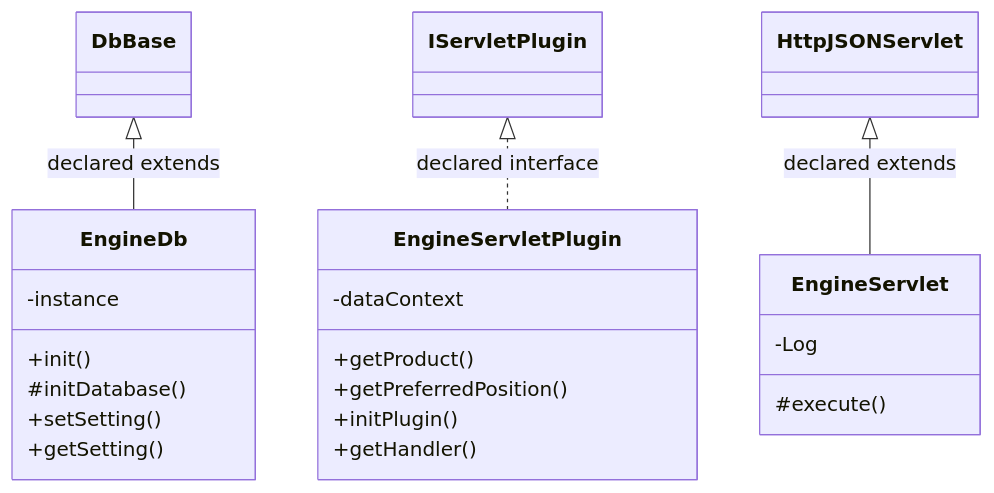
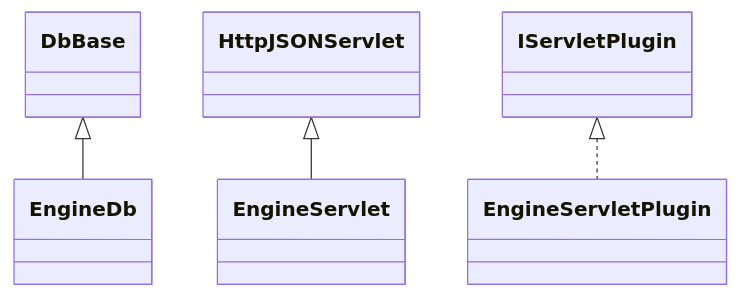
The diagram in docs/sqx/GridControl/EnginePanel.md (haruperi/HaruQuantAI), drawn with Mermaid before and after one commit. The commit also changed other lines of this file and 1688 other files, not shown here.

````diff
--- a/docs/sqx/GridControl/EnginePanel.md
+++ b/docs/sqx/GridControl/EnginePanel.md
@@ -30,27 +26,12 @@
 ```mermaid
 classDiagram
-    class C675887102cfb["EngineDb"] {
-        -instance
-        +init()
-        #initDatabase()
-        +setSetting()
-        +getSetting()
-    }
-    class C885842583b8b["EngineServlet"] {
-        -Log
-        #execute()
-    }
-    class Cc7d4e7ad62df["EngineServletPlugin"] {
-        -dataContext
-        +getProduct()
-        +getPreferredPosition()
-        +initPlugin()
-        +getHandler()
-    }
-    class C0232d7b8bc0f["DbBase"]
-    class C249b5c671b1a["IServletPlugin"]
-    class C8900f90ae594["HttpJSONServlet"]
-    C0232d7b8bc0f <|-- C675887102cfb : declared extends
-    C8900f90ae594 <|-- C885842583b8b : declared extends
-    C249b5c671b1a <|.. Cc7d4e7ad62df : declared interface
+    class C0["EngineDb"]
+    class C1["EngineServlet"]
+    class C2["EngineServletPlugin"]
+    class E0["DbBase"]
+    E0 <|-- C0
+    class E1["HttpJSONServlet"]
+    E1 <|-- C1
+    class E2["IServletPlugin"]
+    E2 <|.. C2
 ```
````
